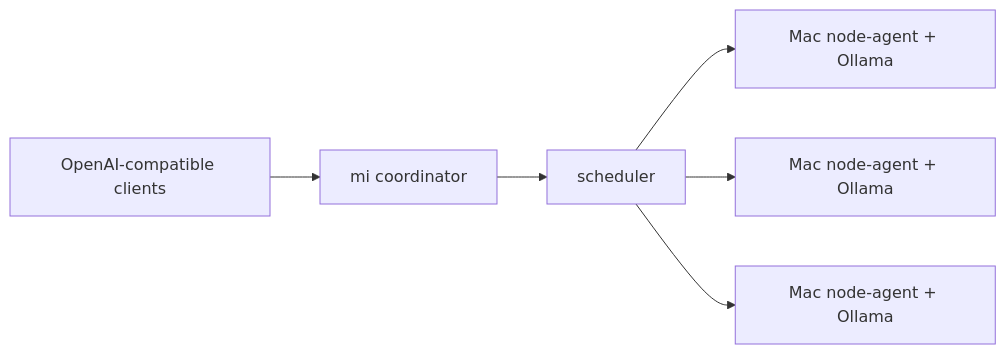
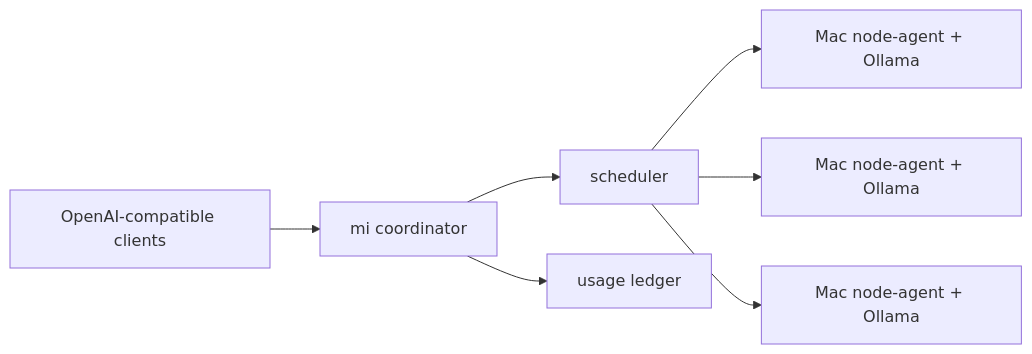
The diagram in README.md (raym33/mi), drawn with Mermaid before and after one commit. The commit also changed other lines of this file and 3 other files, not shown here.

````diff
--- a/README.md
+++ b/README.md
@@ -18,8 +35,9 @@
 ```mermaid
 flowchart LR
     C["OpenAI-compatible clients"] --> A["mi coordinator"]
     A --> S["scheduler"]
     S --> N1["Mac node-agent + Ollama"]
     S --> N2["Mac node-agent + Ollama"]
     S --> N3["Mac node-agent + Ollama"]
+    A --> L["usage ledger"]
 ```
````
